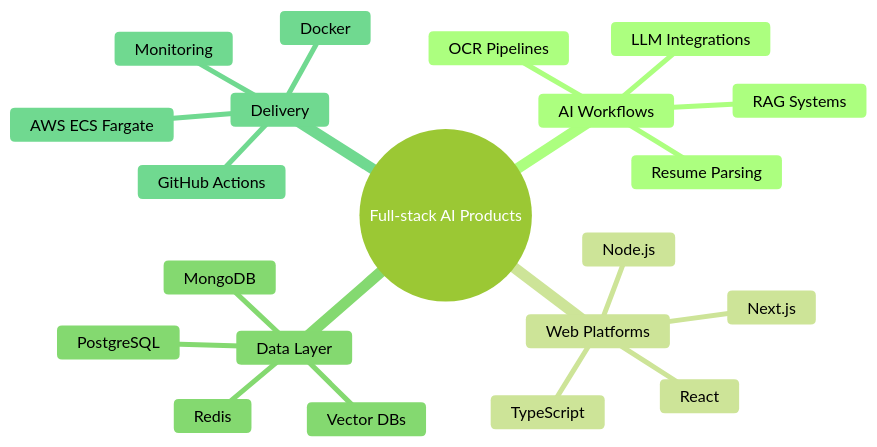
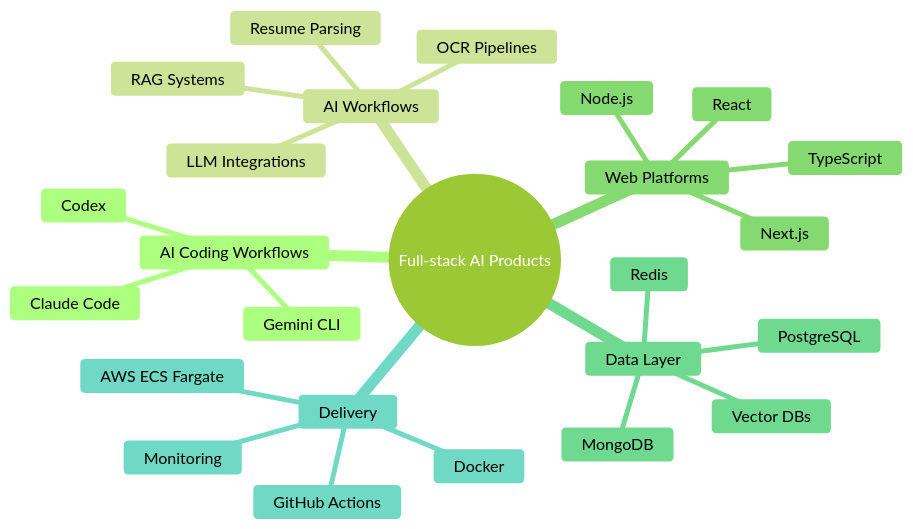
One commit to Ak07-cyber/Ak07-cyber changed the diagram in README.MD. Above: the diagram before and after it, drawn with Mermaid (forest theme). The commit also changed other lines of this file, not shown here.

````diff
--- a/README.MD
+++ b/README.MD
@@ -180,24 +150,28 @@
 ```mermaid
 mindmap
   root((Full-stack AI Products))
+    AI Coding Workflows
+      Claude Code
+      Codex
+      Gemini CLI
     AI Workflows
       LLM Integrations
       Resume Parsing
       OCR Pipelines
       RAG Systems
     Web Platforms
       React
       Next.js
       Node.js
       TypeScript
     Data Layer
       PostgreSQL
       MongoDB
       Redis
       Vector DBs
     Delivery
       Docker
       GitHub Actions
       AWS ECS Fargate
       Monitoring
 ```
````
